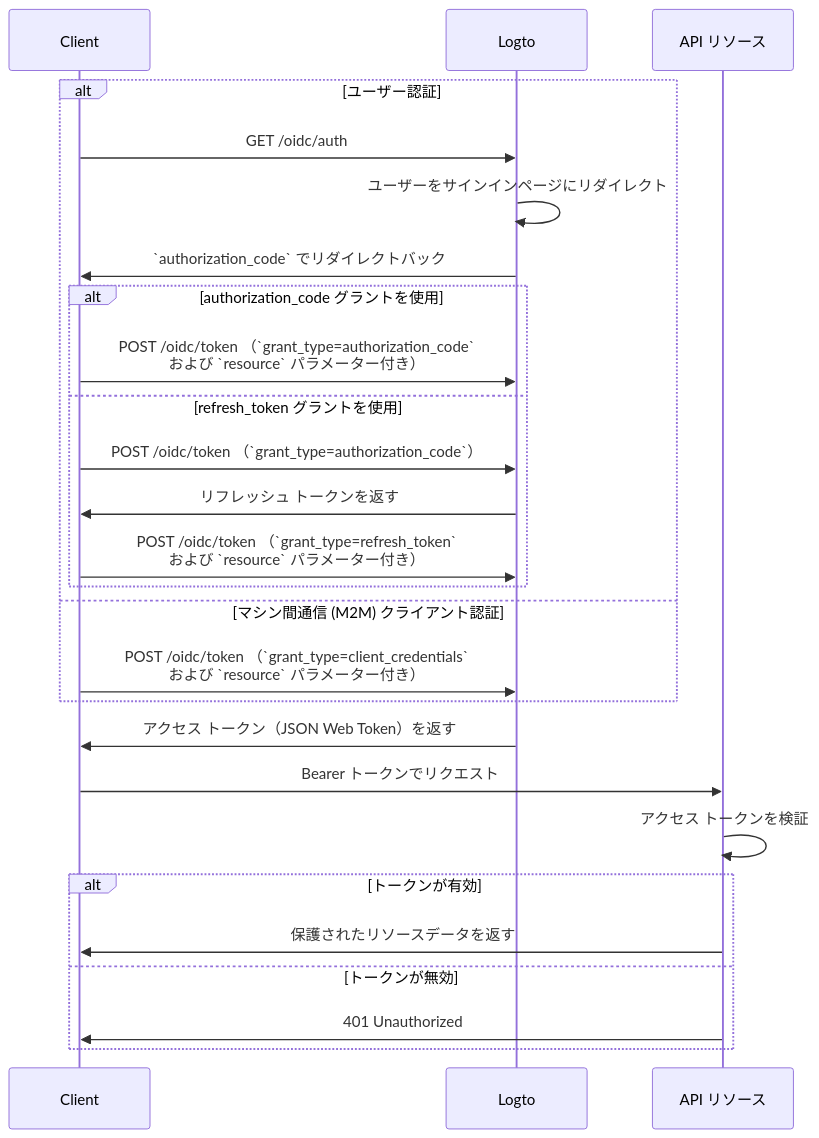
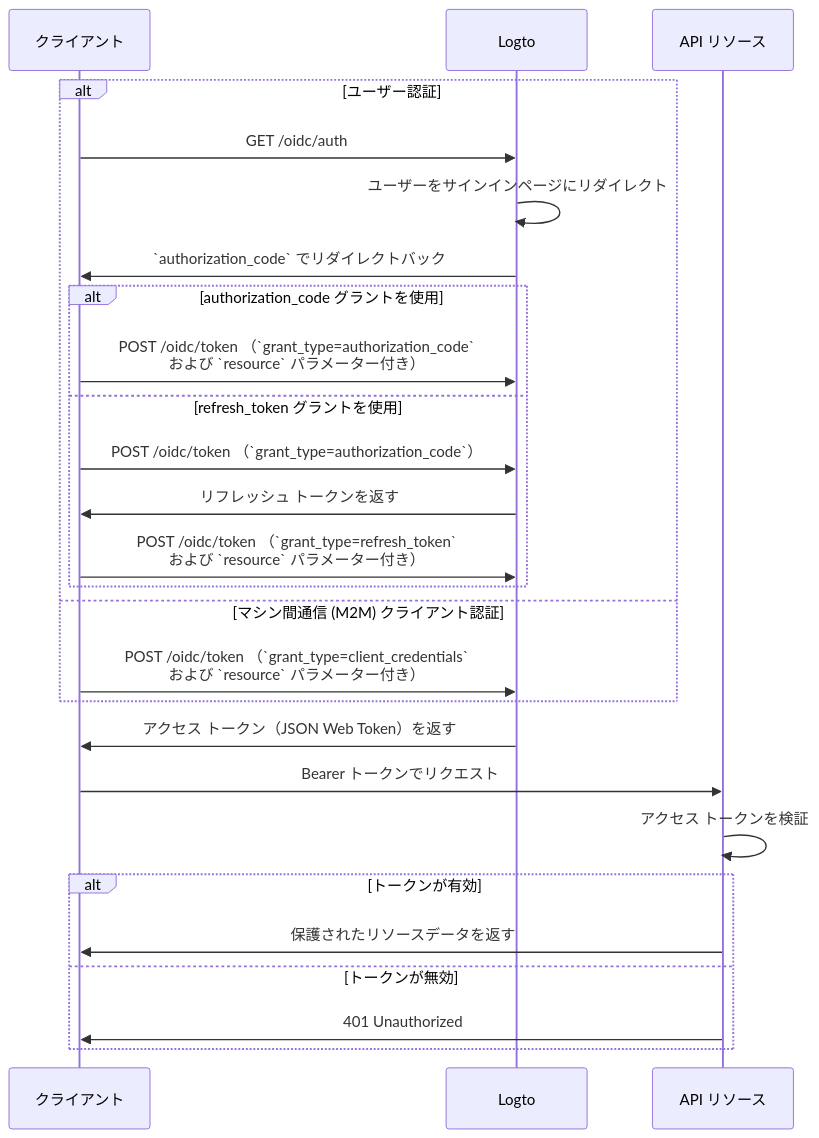
The diagram in i18n/ja/docusaurus-plugin-content-docs/current/authorization/global-api-resources.mdx (logto-io/docs), drawn with Mermaid before and after one commit. The commit also changed other lines of this file and 36 other files, not shown here.

````diff
--- a/i18n/ja/docusaurus-plugin-content-docs/current/authorization/global-api-resources.mdx
+++ b/i18n/ja/docusaurus-plugin-content-docs/current/authorization/global-api-resources.mdx
@@ -67,31 +68,31 @@
 ```mermaid
 sequenceDiagram
-    participant Client
+    participant クライアント
     participant Logto
     participant API as API リソース
 
     alt ユーザー認証
-        Client->>Logto: GET /oidc/auth
+        クライアント->>Logto: GET /oidc/auth
         Logto->>Logto: ユーザーをサインインページにリダイレクト
-        Logto->>Client: `authorization_code` でリダイレクトバック
+        Logto->>クライアント: `authorization_code` でリダイレクトバック
         alt authorization_code グラントを使用
-            Client->>Logto: POST /oidc/token （`grant_type=authorization_code`<br/>および `resource` パラメーター付き）
+            クライアント->>Logto: POST /oidc/token （`grant_type=authorization_code`<br/>および `resource` パラメーター付き）
         else refresh_token グラントを使用
-            Client->>Logto: POST /oidc/token （`grant_type=authorization_code`）
-            Logto->>Client: リフレッシュ トークンを返す
-            Client->>Logto: POST /oidc/token （`grant_type=refresh_token`<br/>および `resource` パラメーター付き）
+            クライアント->>Logto: POST /oidc/token （`grant_type=authorization_code`）
+            Logto->>クライアント: リフレッシュ トークンを返す
+            クライアント->>Logto: POST /oidc/token （`grant_type=refresh_token`<br/>および `resource` パラメーター付き）
         end
     else マシン間通信 (M2M) クライアント認証
-        Client->>Logto: POST /oidc/token （`grant_type=client_credentials`<br/>および `resource` パラメーター付き）
+        クライアント->>Logto: POST /oidc/token （`grant_type=client_credentials`<br/>および `resource` パラメーター付き）
     end
 
-    Logto->>Client: アクセス トークン（JSON Web Token）を返す
-    Client->>API: Bearer トークンでリクエスト
+    Logto->>クライアント: アクセス トークン（JSON Web Token）を返す
+    クライアント->>API: Bearer トークンでリクエスト
     API->>API: アクセス トークンを検証
 
     alt トークンが有効
-      API->>Client: 保護されたリソースデータを返す
+      API->>クライアント: 保護されたリソースデータを返す
     else トークンが無効
-      API->>Client: 401 Unauthorized
+      API->>クライアント: 401 Unauthorized
     end
 ```
````
